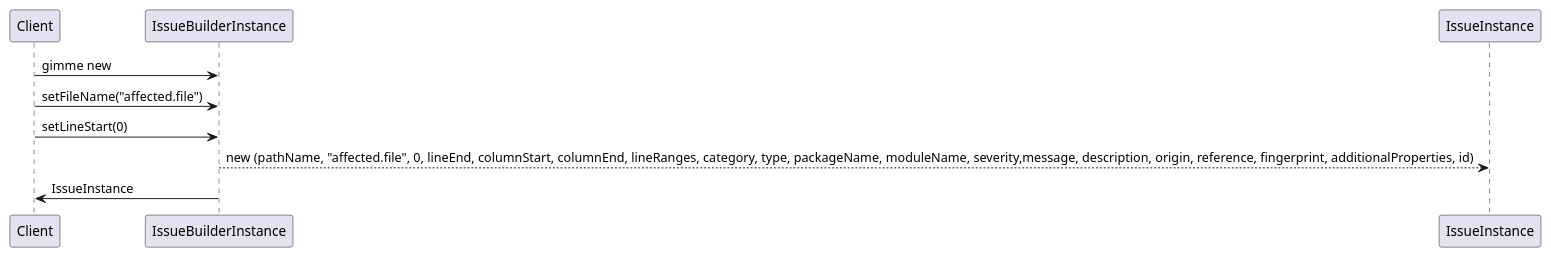
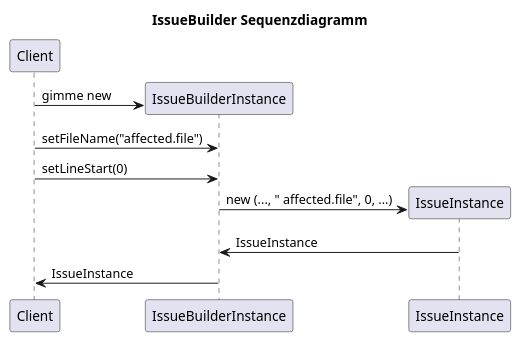
One commit to Daniel1854/analysis-model changed the diagram in doc/issueBuilderSequence.puml. Above: the diagram before and after it, drawn with PlantUML. The commit also changed other lines of this file and 1 other file, not shown here.

Commit message:
UML Update

```diff
--- a/doc/issueBuilderSequence.puml
+++ b/doc/issueBuilderSequence.puml
@@ -1,11 +2,17 @@
 @startuml
+
+title IssueBuilder Sequenzdiagramm
+participant Client
+
+create IssueBuilderInstance
 Client -> IssueBuilderInstance: gimme new
 
 Client -> IssueBuilderInstance: setFileName("affected.file")
 Client -> IssueBuilderInstance: setLineStart(0)
 
-IssueBuilderInstance --> IssueInstance: new (pathName, "affected.file", 0, lineEnd, columnStart, columnEnd, lineRanges, category, type, packageName, moduleName, severity,message, description, origin, reference, fingerprint, additionalProperties, id)
-
+create IssueInstance
+IssueBuilderInstance -> IssueInstance: new (..., " affected.file", 0, ...)
+IssueInstance -> IssueBuilderInstance: IssueInstance
 IssueBuilderInstance -> Client: IssueInstance
 
 @enduml
```
